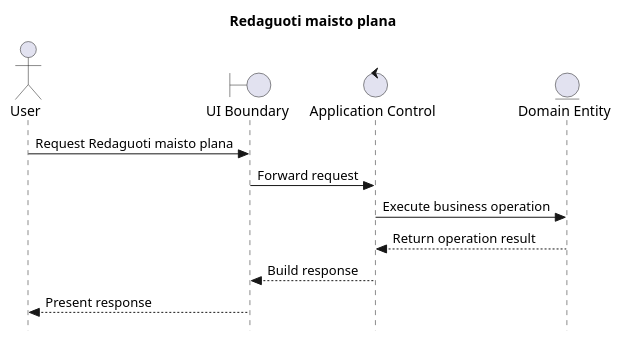
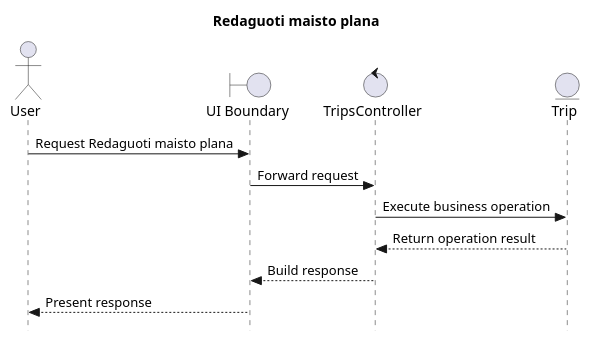
The diagram in _refs/diagrams-new/sequence/Redaguoti_maisto_plana.puml (SauliusDev/ps-projektas), drawn with PlantUML before and after one commit. The commit also changed 41 other files, not shown here.

Commit message:
feat: add BCE system class diagram and align sequence operations

```diff
--- a/_refs/diagrams-new/sequence/Redaguoti_maisto_plana.puml
+++ b/_refs/diagrams-new/sequence/Redaguoti_maisto_plana.puml
@@ -1,17 +1,17 @@
 @startuml
 skinparam style strictuml
 
 title Redaguoti maisto plana
 
 actor "User" as user
 boundary "UI Boundary" as ui
-control "Application Control" as app
-entity "Domain Entity" as entity
+control "TripsController" as tripsController
+entity "Trip" as trip
 
 user -> ui: Request Redaguoti maisto plana
-ui -> app: Forward request
-app -> entity: Execute business operation
-entity --> app: Return operation result
-app --> ui: Build response
+ui -> tripsController: Forward request
+tripsController -> trip: Execute business operation
+trip --> tripsController: Return operation result
+tripsController --> ui: Build response
 ui --> user: Present response
 @enduml
```
